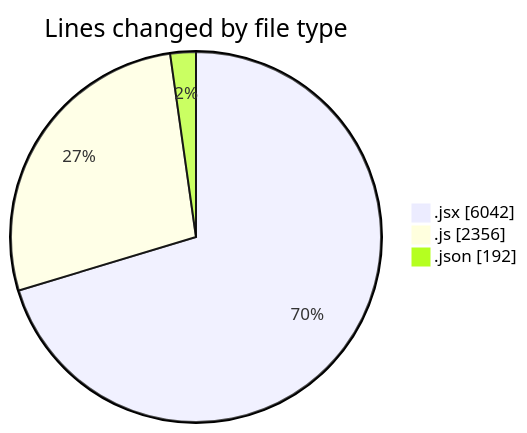
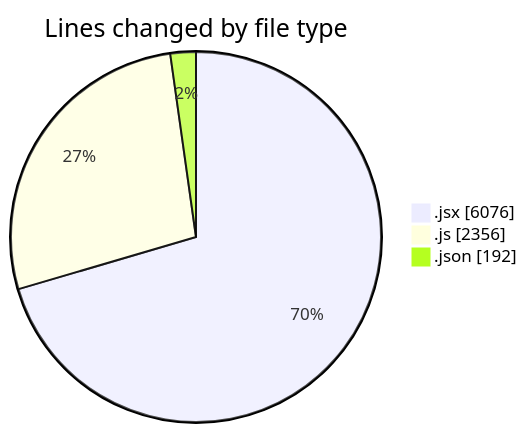
One commit to nxtqubesakshisongat/code-tracking changed the first of 2 diagrams in 2025-08-06/nxtqube_webapp/README.md. Above: the diagram before and after it, drawn with Mermaid. The commit also changed other lines of this file and 1 other file, not shown here.

````diff
--- a/2025-08-06/nxtqube_webapp/README.md
+++ b/2025-08-06/nxtqube_webapp/README.md
@@ -31,7 +31,7 @@
 ```mermaid
 pie showData
 title Lines changed by file type
-".jsx" : 6042
+".jsx" : 6076
 ".js" : 2356
 ".json" : 192
 ```
````
